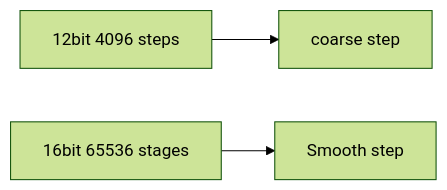
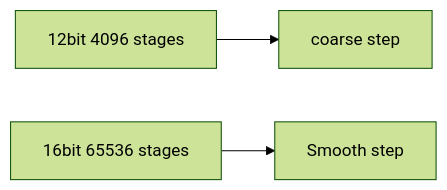
Before and after one commit to monumental-movement/monumental-movement.github.io: diagram 15 of 21 in en/_posts/2025-11-20-column-akai-mpc-60-emu-sp1200.md, drawn with Mermaid (forest theme). The commit also changed other lines of this file and 321 other files, not shown here.

```diff
--- a/en/_posts/2025-11-20-column-akai-mpc-60-emu-sp1200.md
+++ b/en/_posts/2025-11-20-column-akai-mpc-60-emu-sp1200.md
@@ -420,7 +420,7 @@
 <div class="mermaid">
     
 graph LR
-    A["12bit 4096 steps"] --> C["coarse step"]
+    A["12bit 4096 stages"] --> C["coarse step"]
     B["16bit 65536 stages"] --> D["Smooth step"]
 
 </div> 
```
